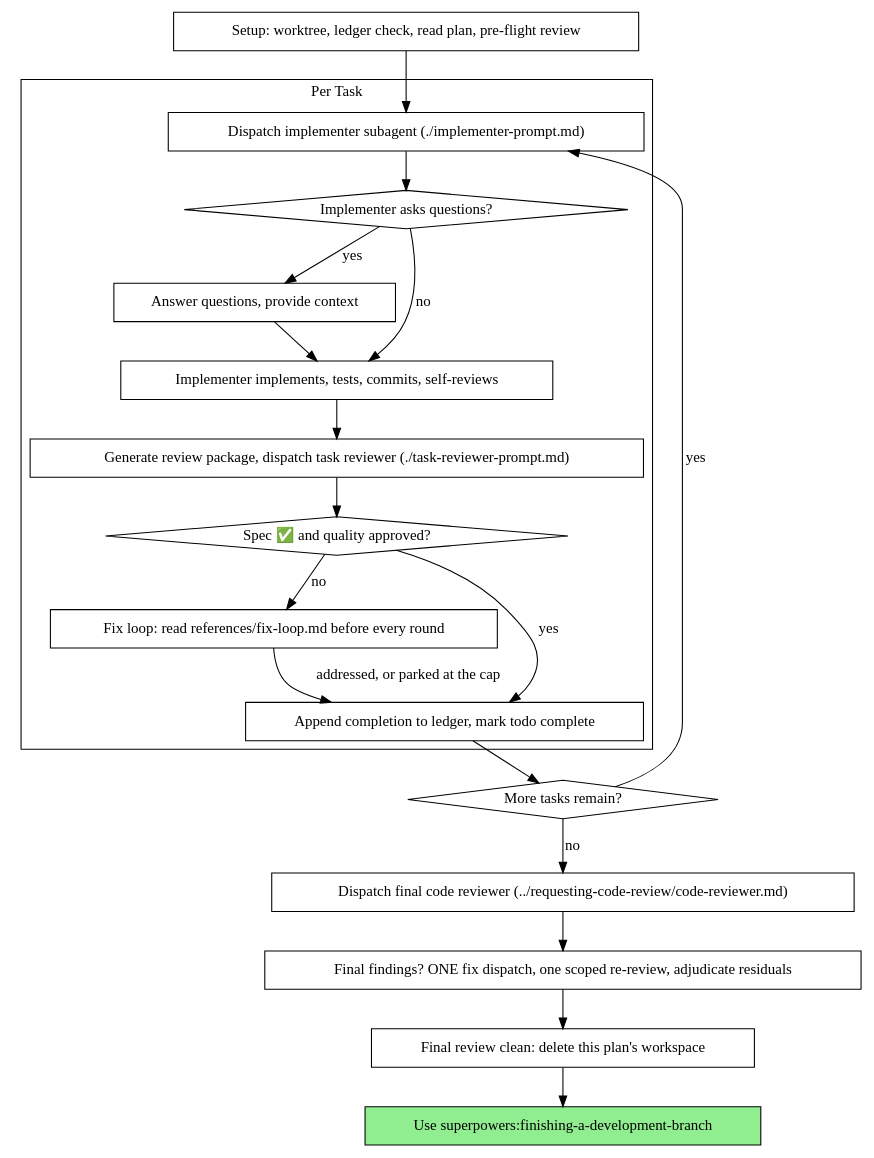
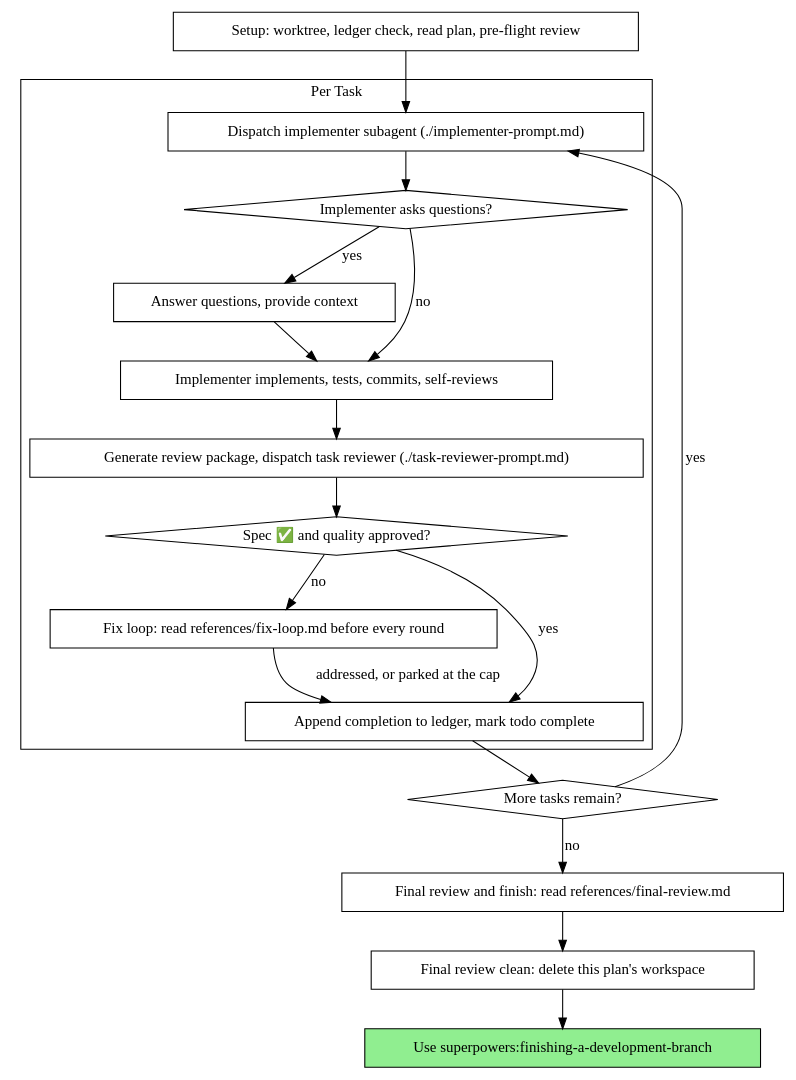
Before and after one commit to b-mendoza/agent-skills: the second of 2 diagrams in .agents/skills/subagent-driven-development/SKILL.md, drawn with Graphviz. The commit also changed other lines of this file and 2 other files, not shown here.

Commit message:
docs(subagent-driven-development): move final review and finish into a reference

````diff
--- a/.agents/skills/subagent-driven-development/SKILL.md
+++ b/.agents/skills/subagent-driven-development/SKILL.md
@@ -61,41 +61,39 @@
 ```dot
 digraph process {
     rankdir=TB;
 
     subgraph cluster_per_task {
         label="Per Task";
         "Dispatch implementer subagent (./implementer-prompt.md)" [shape=box];
         "Implementer asks questions?" [shape=diamond];
         "Answer questions, provide context" [shape=box];
         "Implementer implements, tests, commits, self-reviews" [shape=box];
         "Generate review package, dispatch task reviewer (./task-reviewer-prompt.md)" [shape=box];
         "Spec ✅ and quality approved?" [shape=diamond];
         "Fix loop: read references/fix-loop.md before every round" [shape=box];
         "Append completion to ledger, mark todo complete" [shape=box];
     }
 
     "Setup: worktree, ledger check, read plan, pre-flight review" [shape=box];
     "More tasks remain?" [shape=diamond];
-    "Dispatch final code reviewer (../requesting-code-review/code-reviewer.md)" [shape=box];
-    "Final findings? ONE fix dispatch, one scoped re-review, adjudicate residuals" [shape=box];
+    "Final review and finish: read references/final-review.md" [shape=box];
     "Final review clean: delete this plan's workspace" [shape=box];
     "Use superpowers:finishing-a-development-branch" [shape=box style=filled fillcolor=lightgreen];
 
     "Setup: worktree, ledger check, read plan, pre-flight review" -> "Dispatch implementer subagent (./implementer-prompt.md)";
     "Dispatch implementer subagent (./implementer-prompt.md)" -> "Implementer asks questions?";
     "Implementer asks questions?" -> "Answer questions, provide context" [label="yes"];
     "Answer questions, provide context" -> "Implementer implements, tests, commits, self-reviews";
     "Implementer asks questions?" -> "Implementer implements, tests, commits, self-reviews" [label="no"];
     "Implementer implements, tests, commits, self-reviews" -> "Generate review package, dispatch task reviewer (./task-reviewer-prompt.md)";
     "Generate review package, dispatch task reviewer (./task-reviewer-prompt.md)" -> "Spec ✅ and quality approved?";
     "Spec ✅ and quality approved?" -> "Append completion to ledger, mark todo complete" [label="yes"];
     "Spec ✅ and quality approved?" -> "Fix loop: read references/fix-loop.md before every round" [label="no"];
     "Fix loop: read references/fix-loop.md before every round" -> "Append completion to ledger, mark todo complete" [label="addressed, or parked at the cap"];
     "Append completion to ledger, mark todo complete" -> "More tasks remain?";
     "More tasks remain?" -> "Dispatch implementer subagent (./implementer-prompt.md)" [label="yes"];
-    "More tasks remain?" -> "Dispatch final code reviewer (../requesting-code-review/code-reviewer.md)" [label="no"];
-    "Dispatch final code reviewer (../requesting-code-review/code-reviewer.md)" -> "Final findings? ONE fix dispatch, one scoped re-review, adjudicate residuals";
-    "Final findings? ONE fix dispatch, one scoped re-review, adjudicate residuals" -> "Final review clean: delete this plan's workspace";
+    "More tasks remain?" -> "Final review and finish: read references/final-review.md" [label="no"];
+    "Final review and finish: read references/final-review.md" -> "Final review clean: delete this plan's workspace";
     "Final review clean: delete this plan's workspace" -> "Use superpowers:finishing-a-development-branch";
 }
 ```
````
